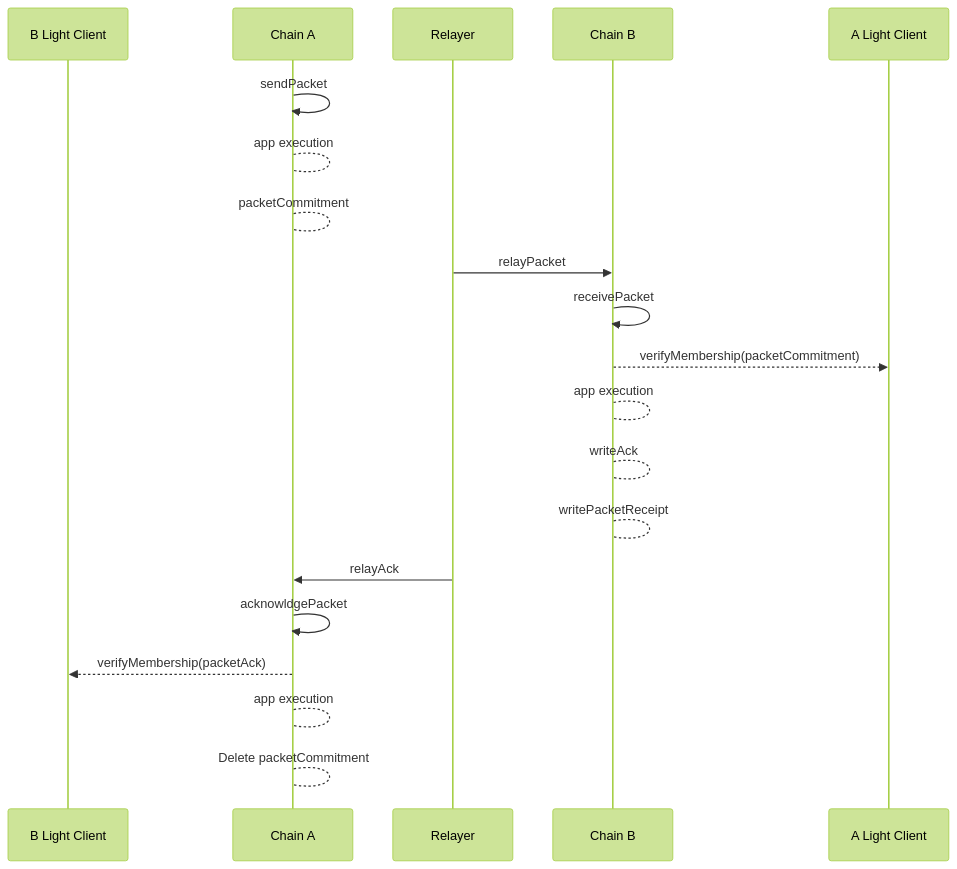
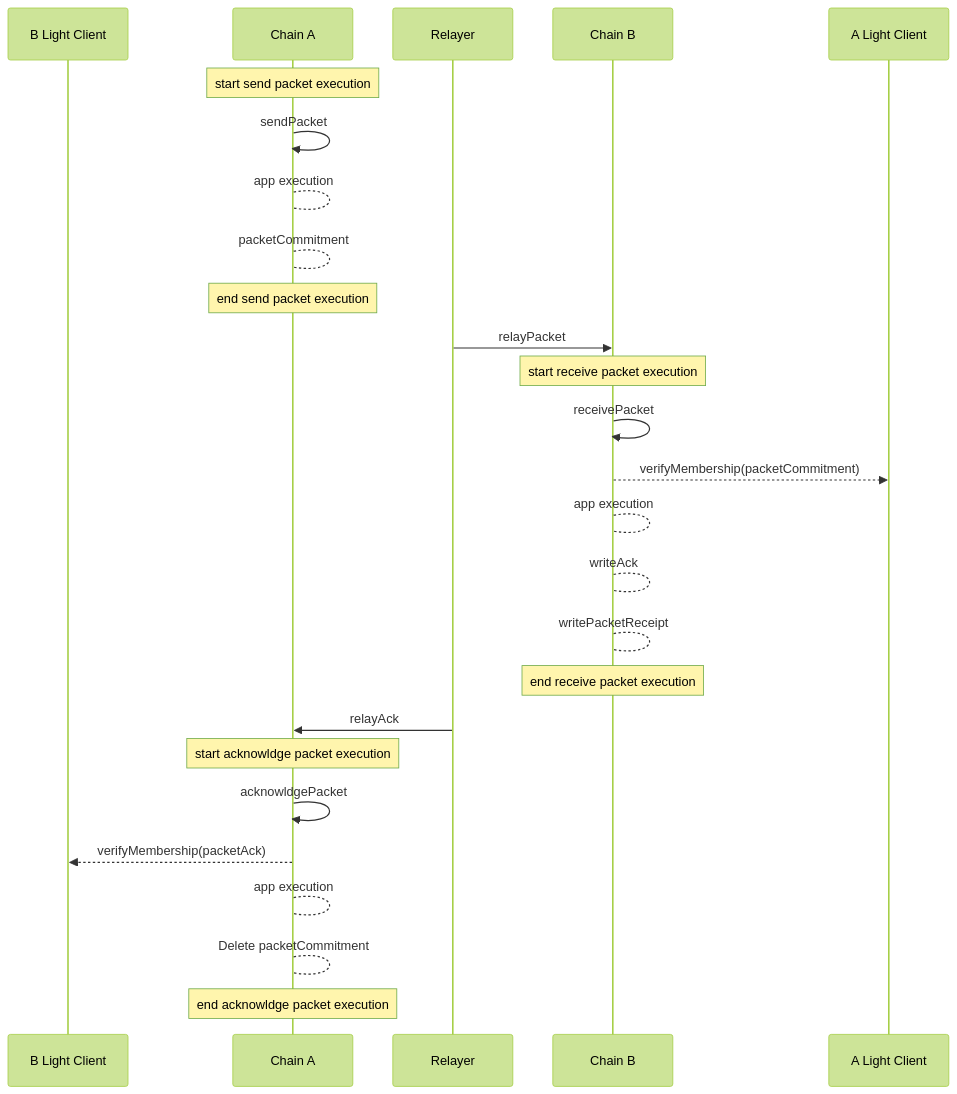
Before and after one commit to cosmos/ibc: the third of 5 diagrams in spec/core/v2/ics-004-packet-semantics/README.md, drawn with Mermaid (forest theme). The commit also changed other lines of this file, not shown here.

````diff
--- a/spec/core/v2/ics-004-packet-semantics/README.md
+++ b/spec/core/v2/ics-004-packet-semantics/README.md
@@ -406,22 +421,29 @@
 ```mermaid
 sequenceDiagram
     participant B Light Client 
     participant Chain A    
     participant Relayer 
     participant Chain B
     participant A Light Client
+    Note over Chain A: start send packet execution
     Chain A ->> Chain A : sendPacket
     Chain A --> Chain A : app execution
     Chain A --> Chain A : packetCommitment 
+    Note over Chain A: end send packet execution
     Relayer ->> Chain B: relayPacket
+    Note over Chain B: start receive packet execution
     Chain B ->> Chain B: receivePacket
     Chain B -->> A Light Client: verifyMembership(packetCommitment)
     Chain B --> Chain B : app execution
     Chain B --> Chain B: writeAck
     Chain B --> Chain B: writePacketReceipt
+    Note over Chain B: end receive packet execution
     Relayer ->> Chain A: relayAck
+    Note over Chain A: start acknowldge packet execution
     Chain A ->> Chain A : acknowldgePacket
     Chain A -->> B Light Client: verifyMembership(packetAck)
     Chain A --> Chain A : app execution
-    Chain A --> Chain A : Delete packetCommitment 
+    Chain A --> Chain A : Delete packetCommitment
+    Note over Chain A: end acknowldge packet execution
+     
 ```
````
